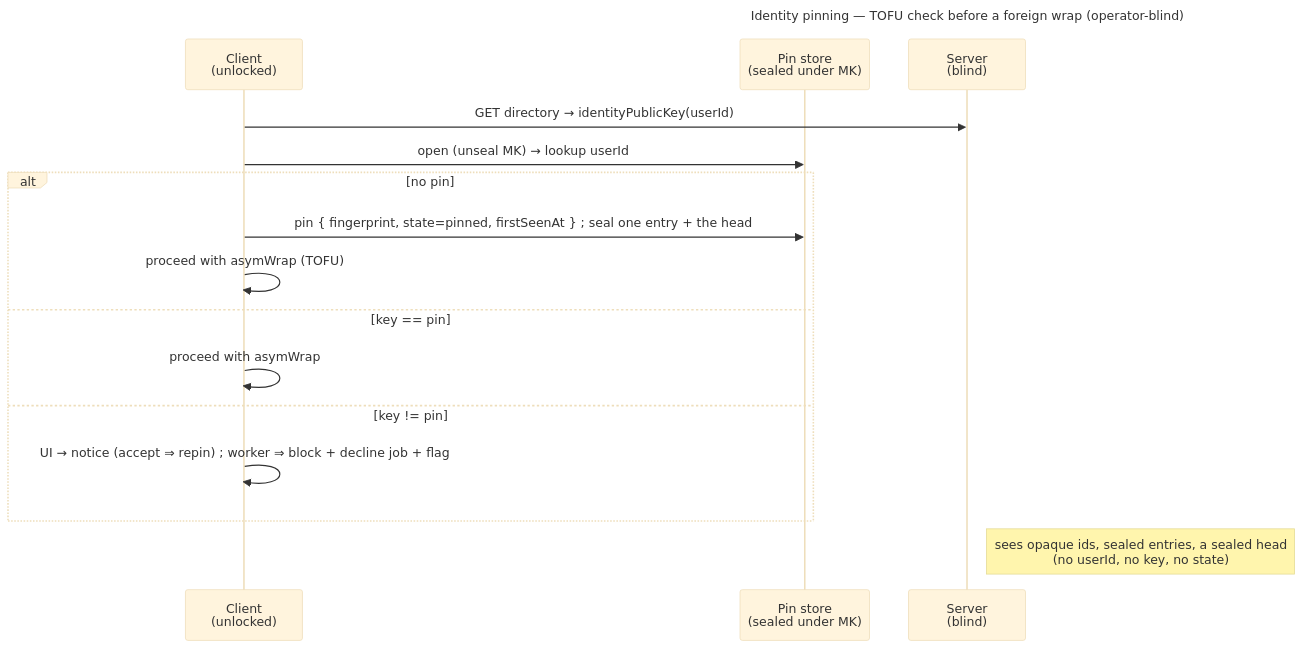
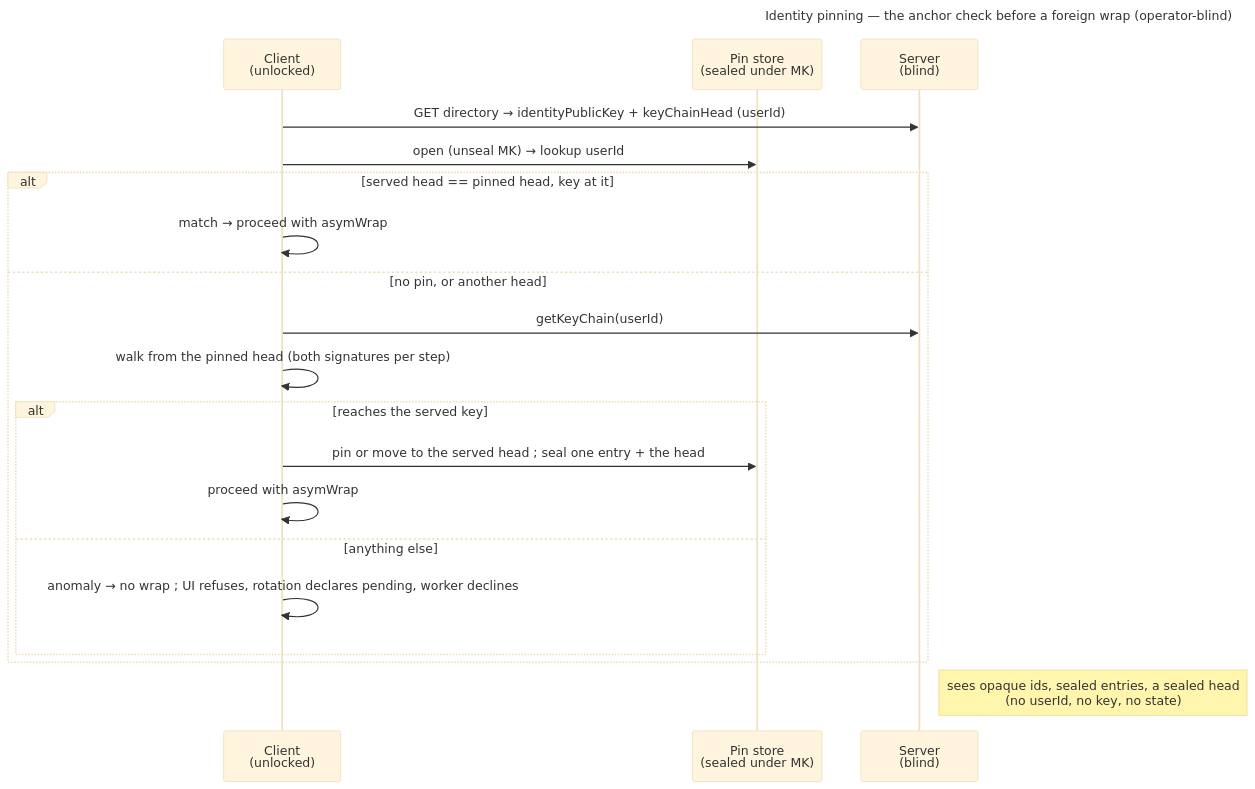
Before and after one commit to raddatzk/veyq: the diagram in docs/features/account/enablers/en.account.identity-pinning.md, drawn with Mermaid (base theme). The commit also changed other lines of this file and 26 other files, not shown here.

First line of the commit message:
docs(features): use cases, enablers, security model and coverage state the built key chain and secured account

````diff
--- a/docs/features/account/enablers/en.account.identity-pinning.md
+++ b/docs/features/account/enablers/en.account.identity-pinning.md
@@ -81,20 +102,24 @@
 ```mermaid
 ---
-title: Identity pinning — TOFU check before a foreign wrap (operator-blind)
+title: Identity pinning — the anchor check before a foreign wrap (operator-blind)
 ---
 sequenceDiagram
   participant C as Client<br>(unlocked)
   participant P as Pin store<br>(sealed under MK)
   participant S as Server<br>(blind)
-  C->>S: GET directory → identityPublicKey(userId)
+  C->>S: GET directory → identityPublicKey + keyChainHead (userId)
   C->>P: open (unseal MK) → lookup userId
-  alt no pin
-  C->>P: pin { fingerprint, state=pinned, firstSeenAt } #59; seal one entry + the head
-  C->>C: proceed with asymWrap (TOFU)
-  else key == pin
+  alt served head == pinned head, key at it
+  C->>C: match → proceed with asymWrap
+  else no pin, or another head
+  C->>S: getKeyChain(userId)
+  C->>C: walk from the pinned head (both signatures per step)
+  alt reaches the served key
+  C->>P: pin or move to the served head #59; seal one entry + the head
   C->>C: proceed with asymWrap
-  else key != pin
-  C->>C: UI → notice (accept ⇒ repin) #59; worker ⇒ block + decline job + flag
+  else anything else
+  C->>C: anomaly → no wrap #59; UI refuses, rotation declares pending, worker declines
+  end
   end
   Note right of S: sees opaque ids, sealed entries, a sealed head<br>(no userId, no key, no state)
 ```
````
